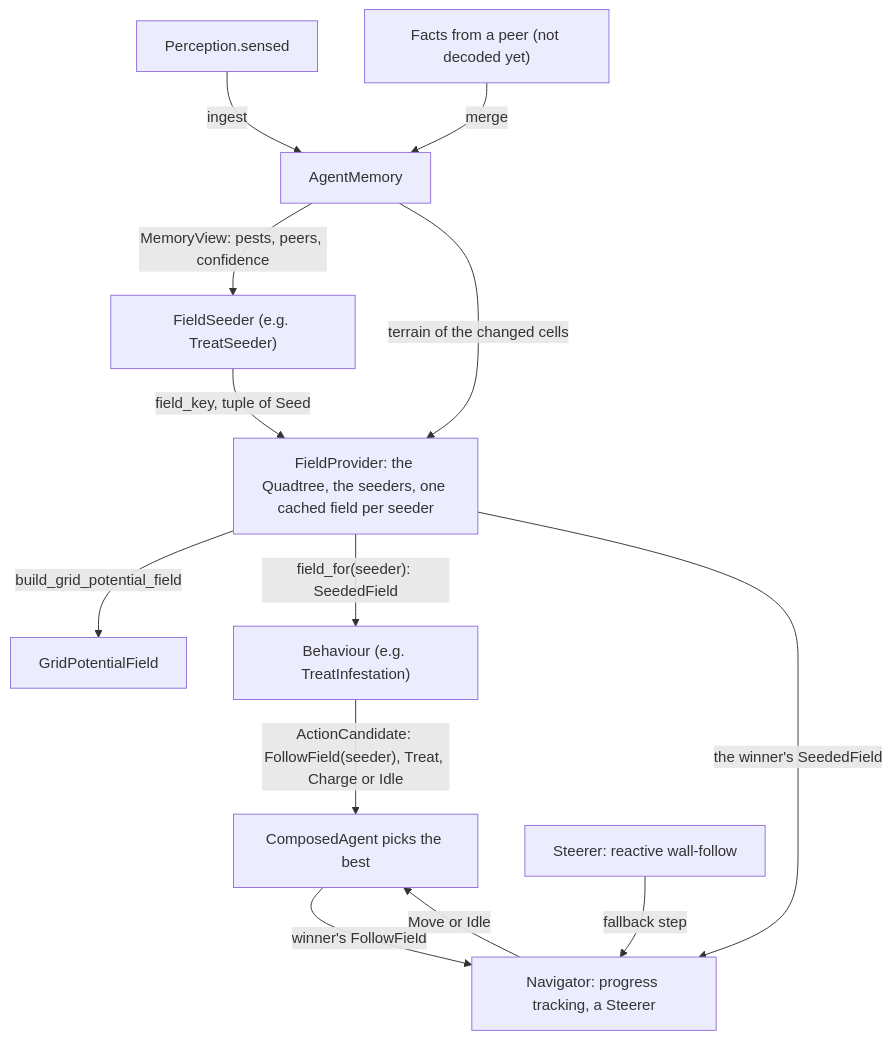
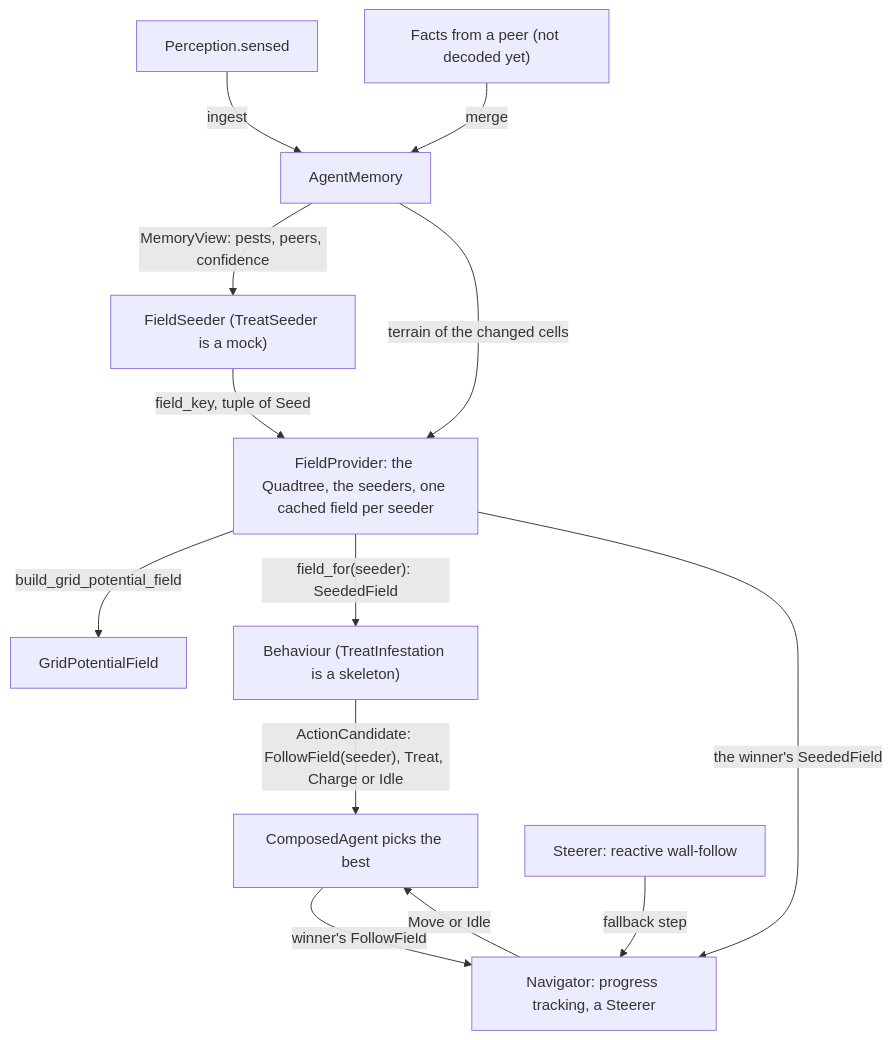
One commit to TychoGrapendaal/JIP_Swarm_Field changed the first of 2 diagrams in docs/robot-memory-and-navigation.md. Above: the diagram before and after it, drawn with Mermaid. The commit also changed other lines of this file and 16 other files, not shown here.

````diff
--- a/docs/robot-memory-and-navigation.md
+++ b/docs/robot-memory-and-navigation.md
@@ -5,15 +5,15 @@
 ```mermaid
 flowchart TD
     S["Perception.sensed"] -->|ingest| M["AgentMemory"]
     P["Facts from a peer (not decoded yet)"] -->|merge| M
-    M -->|"MemoryView: pests, peers, confidence"| O["FieldSeeder (e.g. TreatSeeder)"]
+    M -->|"MemoryView: pests, peers, confidence"| O["FieldSeeder (TreatSeeder is a mock)"]
     M -->|"terrain of the changed cells"| FP["FieldProvider: the Quadtree, the seeders, one cached field per seeder"]
     O -->|"field_key, tuple of Seed"| FP
     FP -->|build_grid_potential_field| F["GridPotentialField"]
-    FP -->|"field_for(seeder): SeededField"| H["Behaviour (e.g. TreatInfestation)"]
+    FP -->|"field_for(seeder): SeededField"| H["Behaviour (TreatInfestation is a skeleton)"]
     H -->|"ActionCandidate: FollowField(seeder), Treat, Charge or Idle"| A["ComposedAgent picks the best"]
     FP -->|"the winner's SeededField"| N["Navigator: progress tracking, a Steerer"]
     A -->|"winner's FollowField"| N
     ST["Steerer: reactive wall-follow"] -->|"fallback step"| N
     N -->|"Move or Idle"| A
 ```
````
